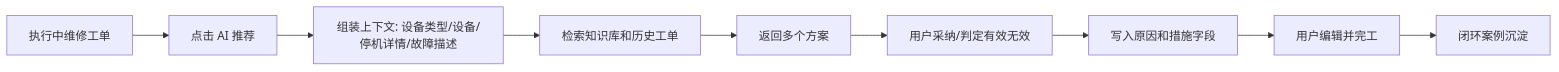
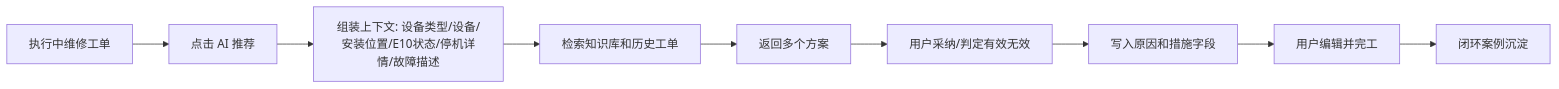
Before and after one commit to front-yummy/equipment-management-standard: the diagram in 需求分析/06-AI知识库与智能助手.md, drawn with Mermaid. The commit also changed other lines of this file and 40 other files, not shown here.

````diff
--- a/需求分析/06-AI知识库与智能助手.md
+++ b/需求分析/06-AI知识库与智能助手.md
@@ -31,11 +33,11 @@
 ```mermaid
 flowchart LR
     A[执行中维修工单] --> B[点击 AI 推荐]
-    B --> C[组装上下文: 设备类型/设备/停机详情/故障描述]
+    B --> C[组装上下文: 设备类型/设备/安装位置/E10状态/停机详情/故障描述]
     C --> D[检索知识库和历史工单]
     D --> E[返回多个方案]
     E --> F[用户采纳/判定有效无效]
     F --> G[写入原因和措施字段]
     G --> H[用户编辑并完工]
     H --> I[闭环案例沉淀]
 ```
````
